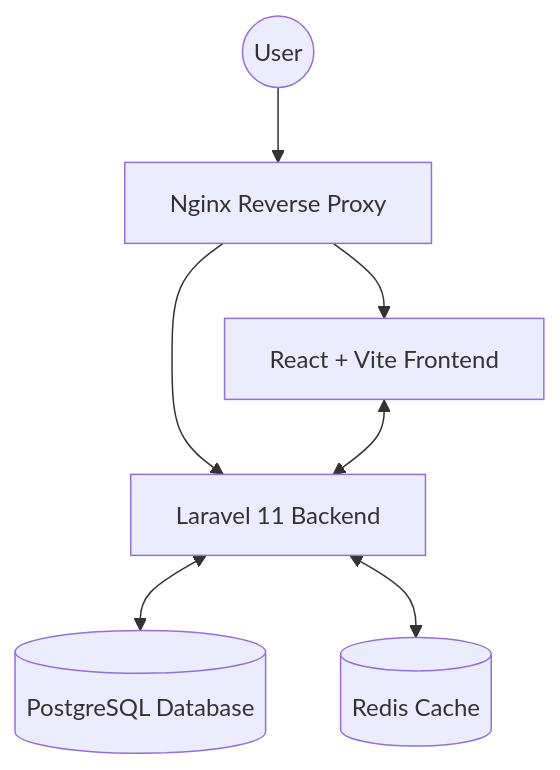
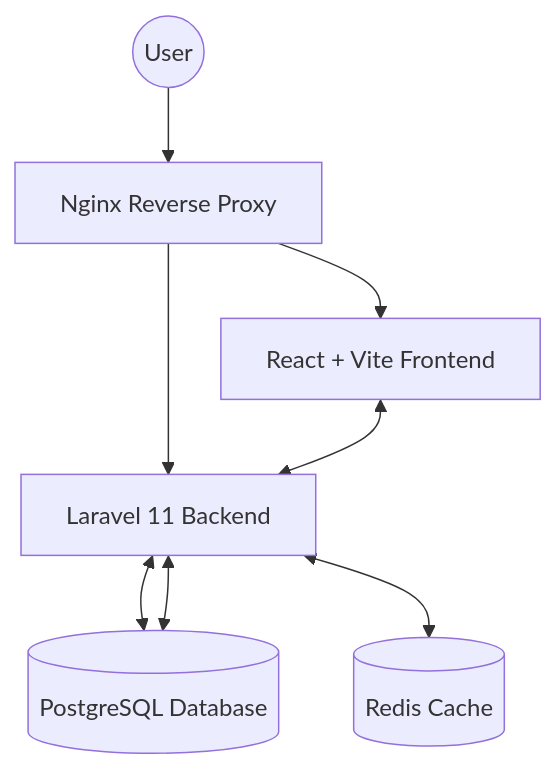
The first of 2 diagrams in README.md (binssente-crypto/CND-Upraze), drawn with Mermaid before and after one commit. The commit also changed other lines of this file, not shown here.

````diff
--- a/README.md
+++ b/README.md
@@ -9,16 +9,17 @@
 ```mermaid
 graph TD
     User((User))
     Nginx[Nginx Reverse Proxy]
     React[React + Vite Frontend]
     Laravel[Laravel 11 Backend]
     Postgres[(PostgreSQL Database)]
     Redis[(Redis Cache)]
 
     User --> Nginx
     Nginx --> React
     Nginx --> Laravel
     React <--> Laravel
     Laravel <--> Postgres
+    Laravel <--> Postgres
     Laravel <--> Redis
 ```
````
